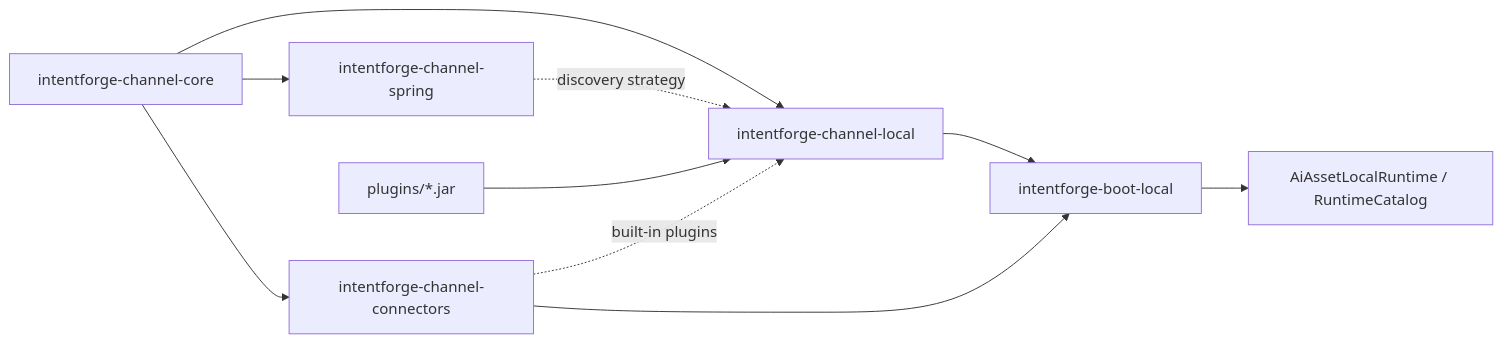
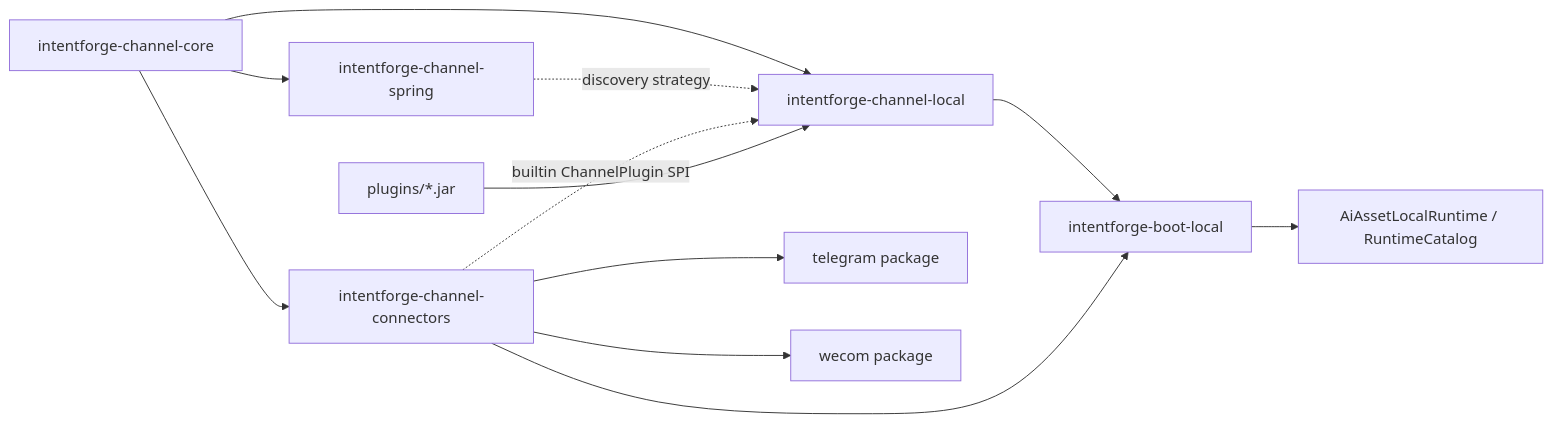
Before and after one commit to xinlangtao/IntentForge: the second of 2 diagrams in docs/tasks/channel-runtime-module.md, drawn with Mermaid. The commit also changed other lines of this file, not shown here.

Commit message:
docs: close channel connector task

````diff
--- a/docs/tasks/channel-runtime-module.md
+++ b/docs/tasks/channel-runtime-module.md
@@ -79,12 +74,14 @@
 ```mermaid
 flowchart LR
     Core["intentforge-channel-core"] --> Local["intentforge-channel-local"]
     Core --> Spring["intentforge-channel-spring"]
     Core --> Connectors["intentforge-channel-connectors"]
+    Connectors --> Telegram["telegram package"]
+    Connectors --> WeCom["wecom package"]
     Spring -.discovery strategy.-> Local
-    Connectors -.built-in plugins.-> Local
+    Connectors -.builtin ChannelPlugin SPI.-> Local
     Plugins["plugins/*.jar"] --> Local
     Local --> Boot["intentforge-boot-local"]
     Connectors --> Boot
     Boot --> Runtime["AiAssetLocalRuntime / RuntimeCatalog"]
 ```
````
